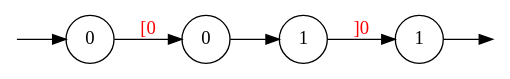
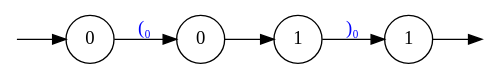
Before and after one commit to 0Marble/lgraphs: the diagram in text/graphs/example_path_d_1.dot, drawn with Graphviz. The commit also changed 36 other files, not shown here.

```diff
--- a/text/graphs/example_path_d_1.dot
+++ b/text/graphs/example_path_d_1.dot
@@ -1,17 +1,16 @@
 digraph {
         node [shape=circle];
         Q0 [style=invisible, height=0, width=0, fixedsize=true];
         Q1 [style=invisible, height=0, width=0, fixedsize=true];
         graph [rankdir="LR"];
         0 [label="0"];
         1 [label="0"];
         2 [label="1"];
         3 [label="1"];
 
         Q0 -> 0;
-
         3 -> Q1;
-        0 -> 1  [label="[0", fontcolor=red];
+        0 -> 1  [label=<<FONT COLOR="blue">(₀</FONT>> ];
         1 -> 2 ;
-        2 -> 3  [label="]0", fontcolor=red];
+        2 -> 3  [label=<<FONT COLOR="blue">)₀</FONT>> ];
 }
```
